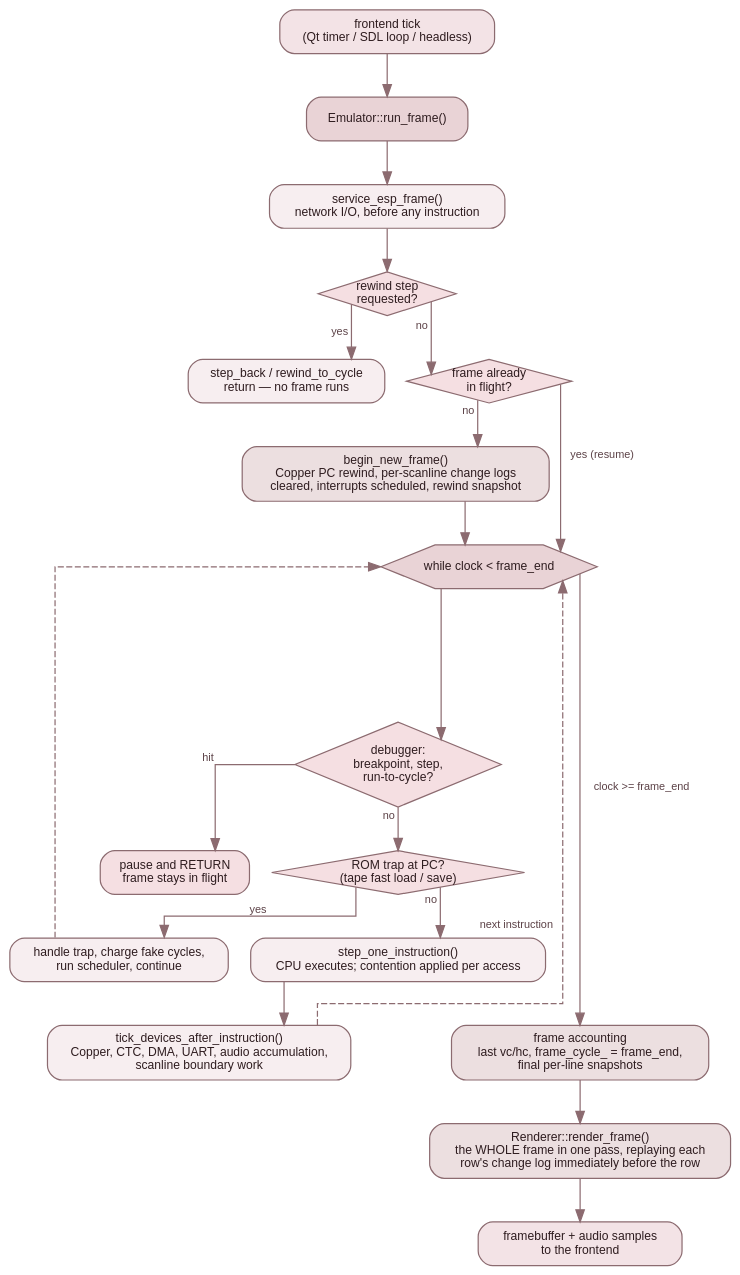
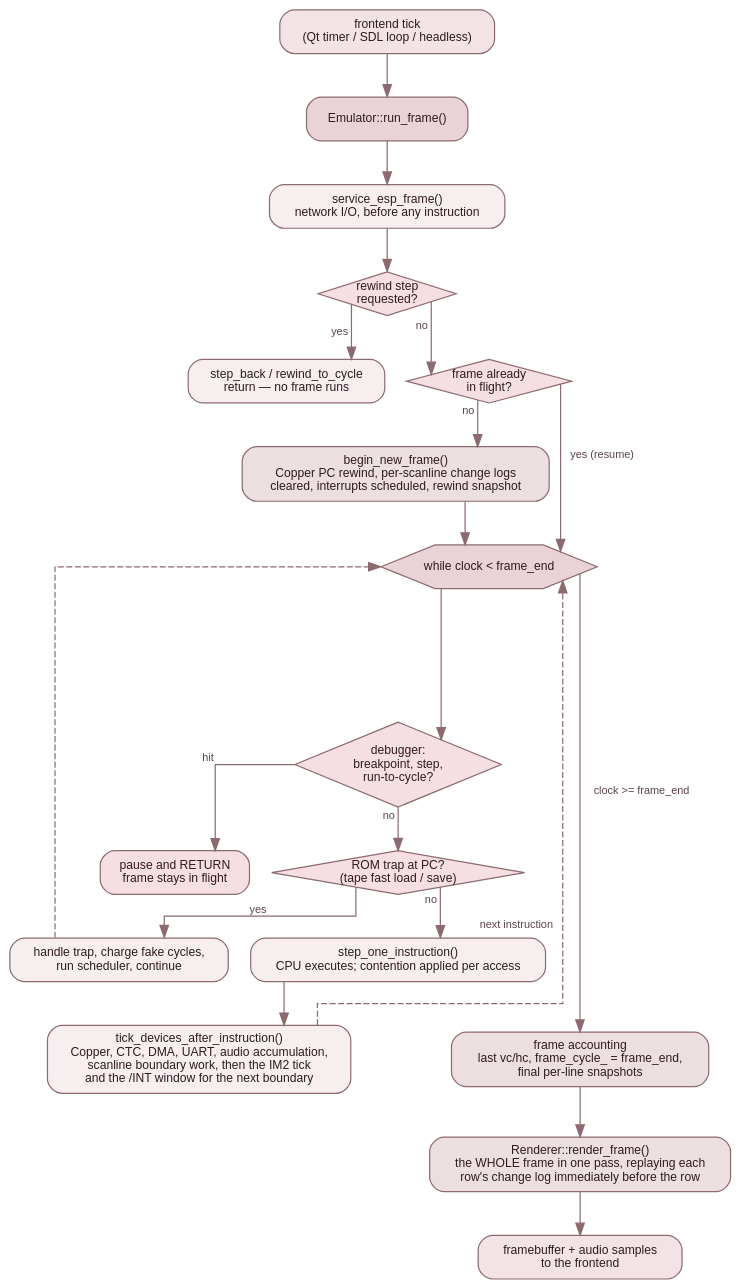
One commit to jorgegv/jnext changed the diagram in src/doc/developer-guide/diagrams/frame-execution.dot. Above: the diagram before and after it, drawn with Graphviz. The commit also changed 11 other files, not shown here.

```diff
--- a/src/doc/developer-guide/diagrams/frame-execution.dot
+++ b/src/doc/developer-guide/diagrams/frame-execution.dot
@@ -1,86 +1,86 @@
 // One frame, from the frontend's tick to the framebuffer — the control flow of
 // Emulator::run_frame() (src/core/emulator.cpp).
 //
 // Rendered by `make docs-devguide-diagrams` into ../img/frame-execution.svg,
 // which is COMMITTED. Edit this file, never the SVG.
 //
 // The two facts this figure exists to make obvious:
 //   * a PAUSED frame is RESUMED, not restarted — begin_new_frame() runs only
 //     when no frame is in flight, because its per-frame work (rewinding the
 //     Copper PC, clearing the per-scanline change logs) would corrupt a frame
 //     that is still half-executed;
 //   * every debugger exit is an EARLY RETURN out of the middle of the loop,
 //     leaving the frame in flight for the next call.
 //
 // Palette note: the page theme's pastel dark red family (see css/theme.css).
 // Light fills, dark labels, transparent canvas, so the figure reads on both
 // the light and the dark theme.
 digraph frame_execution {
     bgcolor="transparent";
     rankdir=TB;
     splines=ortho;
     fontname="Helvetica";
     node [shape=box, style="filled,rounded", fontname="Helvetica", fontsize=10,
           fillcolor="#f7eef0", color="#8c6b70", fontcolor="#2e1c1f", margin="0.16,0.08"];
     edge [color="#8c6b70", fontname="Helvetica", fontsize=9, fontcolor="#5c4247"];
 
     tick [label="frontend tick\n(Qt timer / SDL loop / headless)", fillcolor="#f3e3e6"];
     call [label="Emulator::run_frame()", fillcolor="#e9d3d6"];
 
     esp  [label="service_esp_frame()\nnetwork I/O, before any instruction"];
 
     rew  [shape=diamond, style="filled", fillcolor="#f5dfe2",
           label="rewind step\nrequested?", margin="0.02,0.02"];
     rewd [label="step_back / rewind_to_cycle\nreturn — no frame runs"];
 
     inpr [shape=diamond, style="filled", fillcolor="#f5dfe2",
           label="frame already\nin flight?", margin="0.02,0.02"];
     begin [label="begin_new_frame()\nCopper PC rewind, per-scanline change logs\ncleared, interrupts scheduled, rewind snapshot",
            fillcolor="#ecdfe0"];
 
     loop [label="while clock < frame_end", shape=hexagon, style="filled",
           fillcolor="#e9d3d6", margin="0.1,0.04"];
 
     brk  [shape=diamond, style="filled", fillcolor="#f5dfe2",
           label="debugger:\nbreakpoint, step,\nrun-to-cycle?", margin="0.02,0.02"];
     pause [label="pause and RETURN\nframe stays in flight", fillcolor="#f5dfe2"];
 
     trap [shape=diamond, style="filled", fillcolor="#f5dfe2",
           label="ROM trap at PC?\n(tape fast load / save)", margin="0.02,0.02"];
     trapd [label="handle trap, charge fake cycles,\nrun scheduler, continue"];
 
     step [label="step_one_instruction()\nCPU executes; contention applied per access"];
-    devs [label="tick_devices_after_instruction()\nCopper, CTC, DMA, UART, audio accumulation,\nscanline boundary work"];
+    devs [label="tick_devices_after_instruction()\nCopper, CTC, DMA, UART, audio accumulation,\nscanline boundary work, then the IM2 tick\nand the /INT window for the next boundary"];
 
     endf [label="frame accounting\nlast vc/hc, frame_cycle_ = frame_end,\nfinal per-line snapshots", fillcolor="#ecdfe0"];
     // The frame is composited HERE, not scanline by scanline as it is
     // executed. on_scanline() renders nothing — it only tags the per-scanline
     // change logs. That is why those logs exist at all.
     comp [label="Renderer::render_frame()\nthe WHOLE frame in one pass, replaying each\nrow's change log immediately before the row",
           fillcolor="#ecdfe0"];
     fb   [label="framebuffer + audio samples\nto the frontend", fillcolor="#f3e3e6"];
 
     tick -> call;
     call -> esp -> rew;
     rew -> rewd  [xlabel="  yes"];
     rew -> inpr  [xlabel="  no"];
     inpr -> begin [xlabel="  no"];
     inpr -> loop  [xlabel="  yes (resume)"];
     begin -> loop;
 
     loop -> brk;
     brk  -> trap  [xlabel="  no"];
     brk  -> pause [xlabel="  hit"];
     trap -> step  [xlabel="  no"];
     trap -> trapd [xlabel="  yes"];
     step -> devs;
     trapd -> devs [style=invis];
     devs -> loop  [style=dashed, xlabel="  next instruction", constraint=false];
     trapd -> loop [style=dashed, constraint=false];
     loop -> endf  [xlabel="  clock >= frame_end", minlen=6];
     endf -> comp -> fb;
 
     // Keep the two loop exits out of the loop body's ranks.
     {rank=same; pause; trap;}
     {rank=same; endf; devs;}
 }
```
